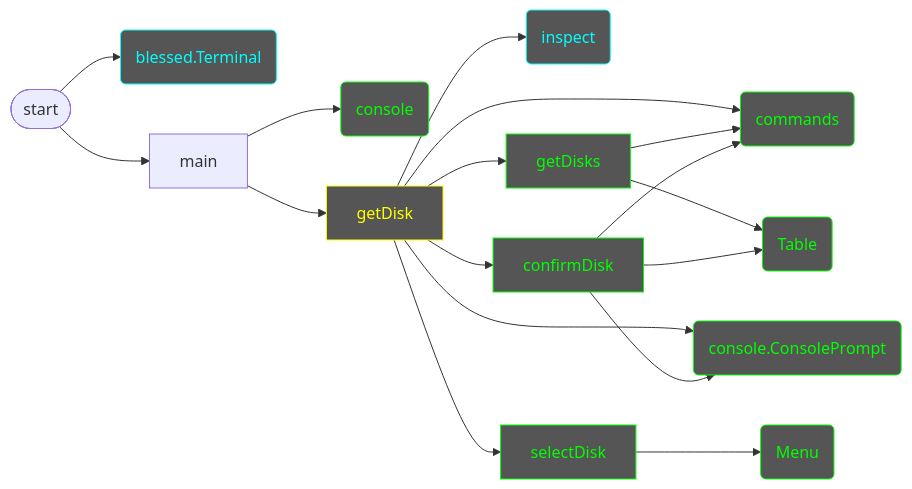
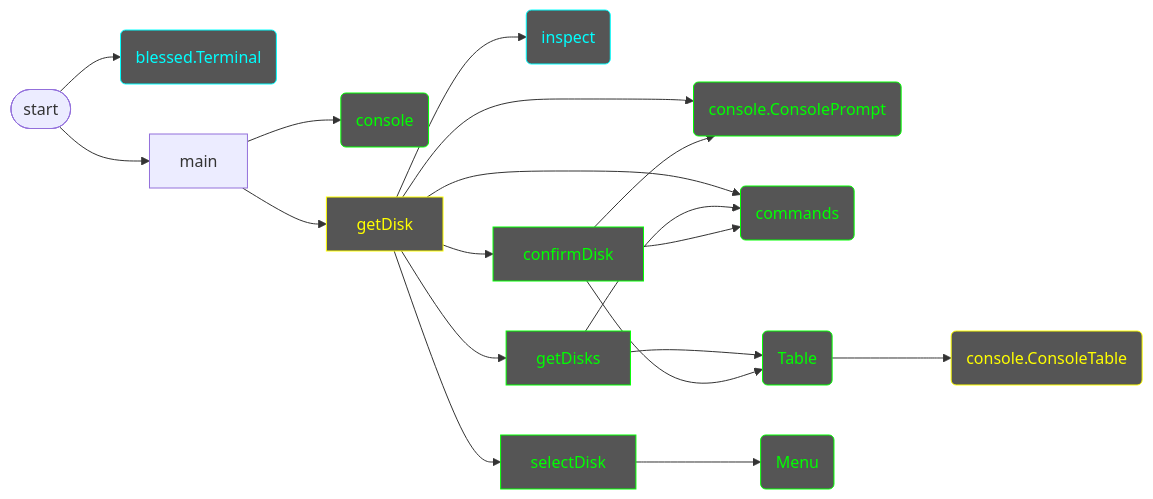
One commit to 7s4e/p3 changed the diagram in scripts/get_disk/design.md. Above: the diagram before and after it, drawn with Mermaid. The commit also changed 2 other files, not shown here.

Commit message:
write getDisk test

````diff
--- a/scripts/get_disk/design.md
+++ b/scripts/get_disk/design.md
@@ -2,39 +2,41 @@
 ```mermaid
 flowchart LR
     classDef complete color:#0f0,stroke:#0f0,fill:#555
     classDef working color:#ff0,stroke:#ff0,fill:#555
     classDef library color:#0ff,stroke:#0ff,fill:#555
 
     %% Structure
     IF([start])
         IF --> TRM
         IF --> MAIN
     MAIN[main]
         MAIN --> CON
         MAIN --> GD
     GD[getDisk]:::working
         GD --> INSP
         GD --> GDS
         GD --> CCP
         GD --> SD
         GD --> CD
         GD --> CMD
     GDS[getDisks]:::complete
         GDS --> CMD
         GDS --> TBL
     SD[selectDisk]:::complete
         SD --> MNU
     CD[confirmDisk]:::complete
         CD --> CMD
         CD --> TBL
         CD --> CCP
 
     %% Modules
     TRM(blessed.Terminal):::library
     INSP(inspect):::library
+    CMD(commands):::complete
     CON(console):::complete
-    CMD(commands):::complete
+    CCP(console.ConsolePrompt):::complete
+    CCT(console.ConsoleTable):::working
     TBL(Table):::complete
-    CCP(console.ConsolePrompt):::complete
+        TBL --> CCT
     MNU(Menu):::complete
 ```
````
